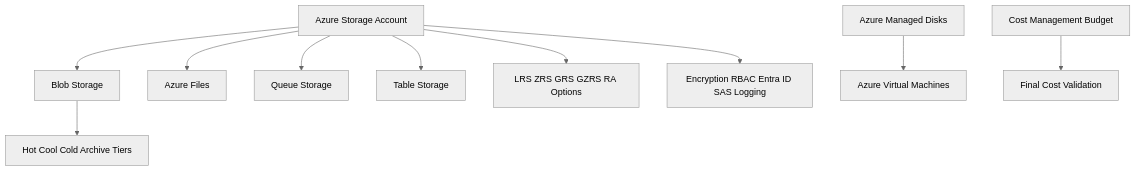
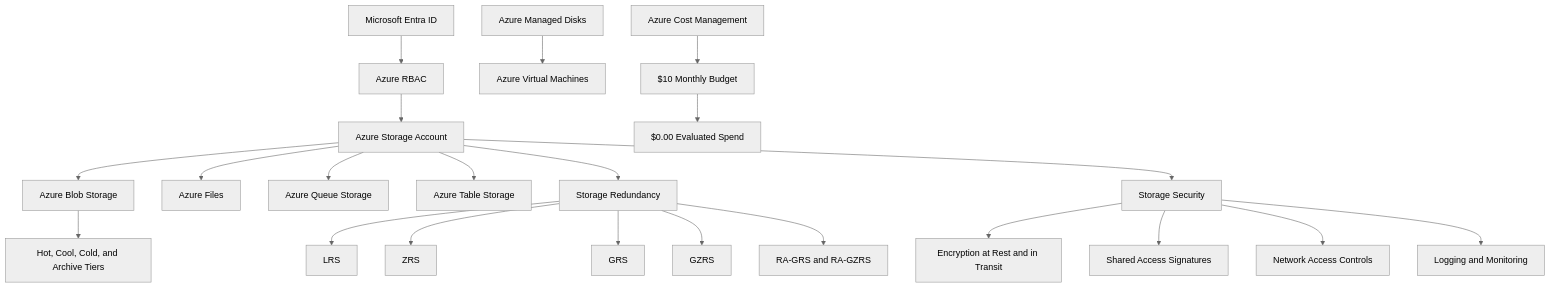
Before and after one commit to mattallen-it/mrtg-az900-the-bridge: the first of 2 diagrams in labs/lab-07-azure-storage-services/README.md, drawn with Mermaid (neutral theme). The commit also changed other lines of this file, not shown here.

````diff
--- a/labs/lab-07-azure-storage-services/README.md
+++ b/labs/lab-07-azure-storage-services/README.md
@@ -127,15 +329,30 @@
 ```mermaid
 flowchart TD
-    StorageAccount[Azure Storage Account] --> Blobs[Blob Storage]
+    Identity[Microsoft Entra ID] --> RBAC[Azure RBAC]
+    RBAC --> StorageAccount[Azure Storage Account]
+
+    StorageAccount --> Blobs[Azure Blob Storage]
     StorageAccount --> Files[Azure Files]
-    StorageAccount --> Queues[Queue Storage]
-    StorageAccount --> Tables[Table Storage]
+    StorageAccount --> Queues[Azure Queue Storage]
+    StorageAccount --> Tables[Azure Table Storage]
 
-    Blobs --> AccessTiers[Hot Cool Cold Archive Tiers]
-    StorageAccount --> Redundancy[LRS ZRS GRS GZRS RA Options]
-    StorageAccount --> Security[Encryption RBAC Entra ID SAS Logging]
+    Blobs --> Tiers[Hot, Cool, Cold, and Archive Tiers]
+
+    StorageAccount --> Redundancy[Storage Redundancy]
+    Redundancy --> LRS[LRS]
+    Redundancy --> ZRS[ZRS]
+    Redundancy --> GRS[GRS]
+    Redundancy --> GZRS[GZRS]
+    Redundancy --> ReadAccess[RA-GRS and RA-GZRS]
+
+    StorageAccount --> Security[Storage Security]
+    Security --> Encryption[Encryption at Rest and in Transit]
+    Security --> SAS[Shared Access Signatures]
+    Security --> Network[Network Access Controls]
+    Security --> Logging[Logging and Monitoring]
 
     Disks[Azure Managed Disks] --> VMs[Azure Virtual Machines]
 
-    Cost[Cost Management Budget] --> Validation[Final Cost Validation]
+    Cost[Azure Cost Management] --> Budget[$10 Monthly Budget]
+    Budget --> Validation[$0.00 Evaluated Spend]
 ```
````
